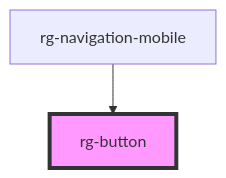
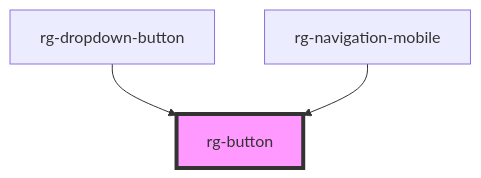
Before and after one commit to tomas862/regila-ui: the diagram in src/components/button/readme.md, drawn with Mermaid. The commit also changed other lines of this file and 24 other files, not shown here.

````diff
--- a/src/components/button/readme.md
+++ b/src/components/button/readme.md
@@ -15,5 +16,6 @@
 ```mermaid
 graph TD;
+  rg-dropdown-button --> rg-button
   rg-navigation-mobile --> rg-button
   style rg-button fill:#f9f,stroke:#333,stroke-width:4px
 ```
````
